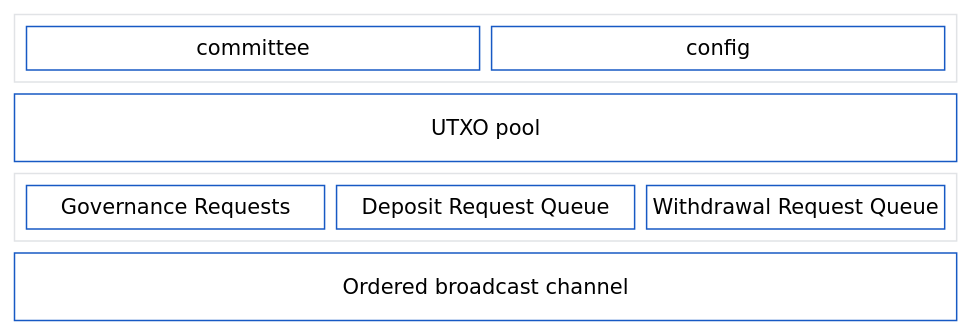
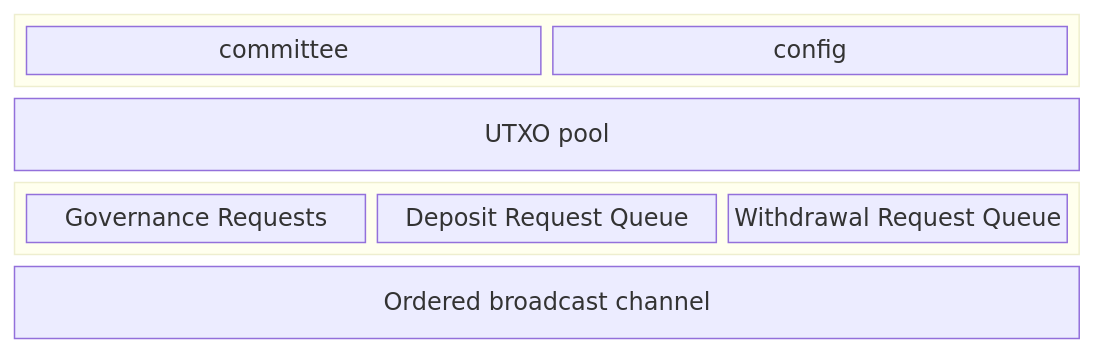
One commit to MystenLabs/hashi changed the diagram in design/docs/service.mdx. Above: the diagram before and after it, drawn with Mermaid. The commit also changed 11 other files, not shown here.

````diff
--- a/design/docs/service.mdx
+++ b/design/docs/service.mdx
@@ -28,39 +28,19 @@
 ```mermaid
----
-config:
-  theme: base
-  themeVariables:
-    primaryColor: '#298DFF'
-    primaryTextColor: '#FFFFFF'
-    primaryBorderColor: '#1759C4'
-    secondaryColor: '#6C7584'
-    secondaryTextColor: '#FFFFFF'
-    secondaryBorderColor: '#4B515B'
-    tertiaryColor: '#FFFFFF'
-    tertiaryTextColor: '#000000'
-    tertiaryBorderColor: '#6C7584'
-    lineColor: '#298DFF'
-    background: '#FFFFFF'
-    mainBkg: '#FFFFFF'
-    secondBkg: '#6C7584'
-    fontSize: '14px'
-    fontFamily: 'Inter, sans-serif'
----
 block-beta
   columns 1
 
   block
     committee
     config
   end
 
   pool["UTXO pool"]
 
   block
     gov["Governance Requests"]
     deposits["Deposit Request Queue"]
     withdrawals["Withdrawal Request Queue"]
   end
 
   broadcast["Ordered broadcast channel"]
 ```
````
